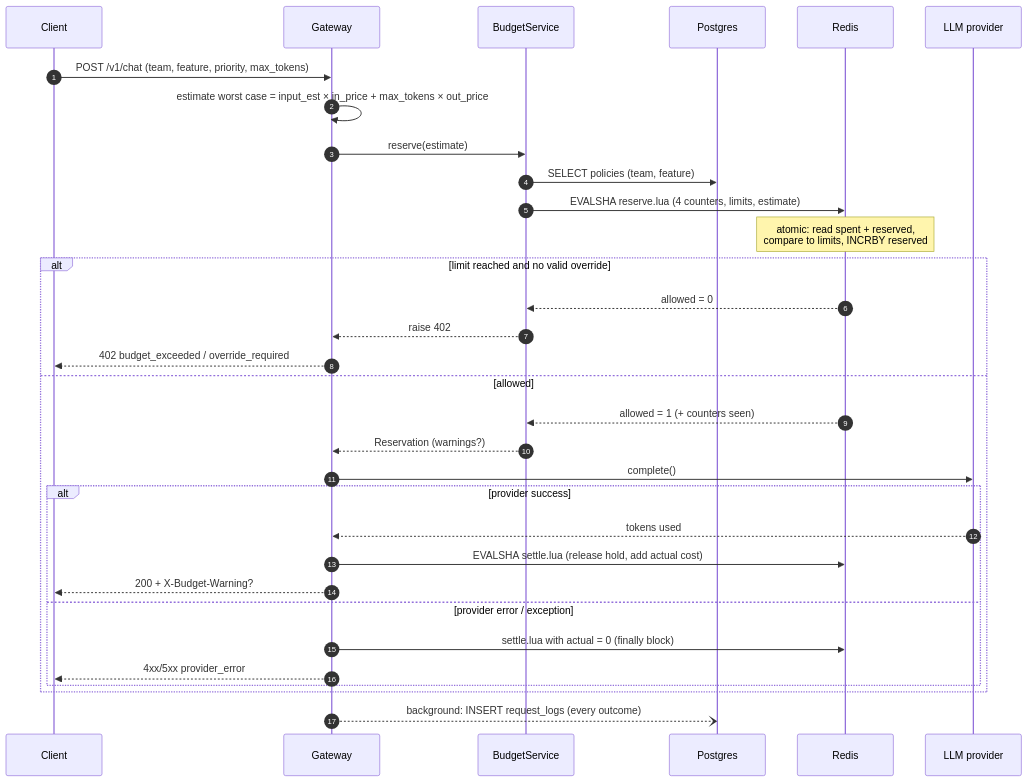
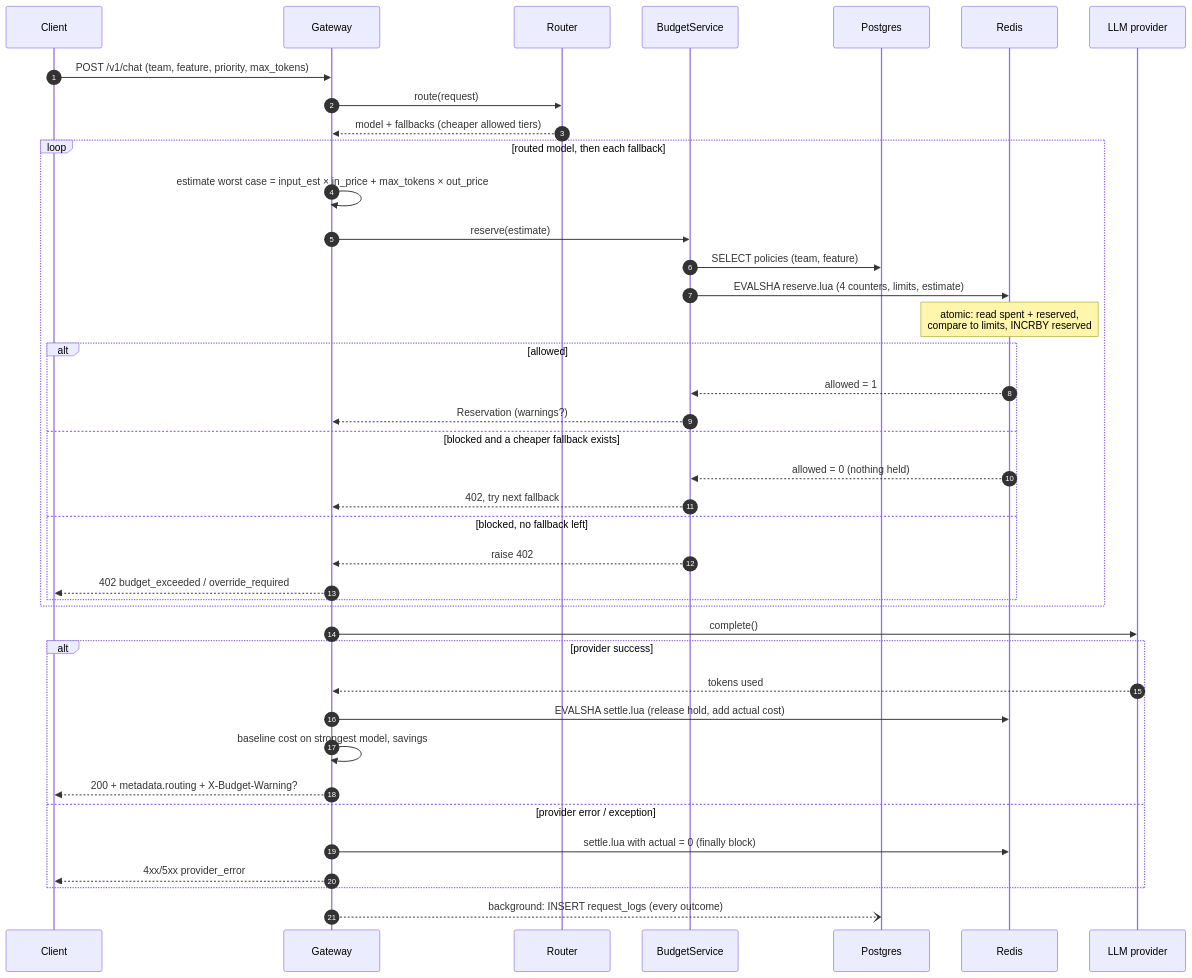
The third of 3 diagrams in docs/architecture.md (Abhigyanv23/llm-spend-control), drawn with Mermaid before and after one commit. The commit also changed other lines of this file and 24 other files, not shown here.

First line of the commit message:
feat: phase 3 - request complexity routing

````diff
--- a/docs/architecture.md
+++ b/docs/architecture.md
@@ -56,35 +94,43 @@
 ```mermaid
 sequenceDiagram
     autonumber
     participant C as Client
     participant G as Gateway
+    participant RT as Router
     participant B as BudgetService
     participant P as Postgres
     participant R as Redis
     participant L as LLM provider
 
     C->>G: POST /v1/chat (team, feature, priority, max_tokens)
-    G->>G: estimate worst case = input_est × in_price + max_tokens × out_price
-    G->>B: reserve(estimate)
-    B->>P: SELECT policies (team, feature)
-    B->>R: EVALSHA reserve.lua (4 counters, limits, estimate)
-    Note over R: atomic: read spent + reserved,<br/>compare to limits, INCRBY reserved
-    alt limit reached and no valid override
-        R-->>B: allowed = 0
-        B-->>G: raise 402
-        G-->>C: 402 budget_exceeded / override_required
-    else allowed
-        R-->>B: allowed = 1 (+ counters seen)
-        B-->>G: Reservation (warnings?)
-        G->>L: complete()
-        alt provider success
-            L-->>G: tokens used
-            G->>R: EVALSHA settle.lua (release hold, add actual cost)
-            G-->>C: 200 + X-Budget-Warning?
-        else provider error / exception
-            G->>R: settle.lua with actual = 0 (finally block)
-            G-->>C: 4xx/5xx provider_error
+    G->>RT: route(request)
+    RT-->>G: model + fallbacks (cheaper allowed tiers)
+    loop routed model, then each fallback
+        G->>G: estimate worst case = input_est × in_price + max_tokens × out_price
+        G->>B: reserve(estimate)
+        B->>P: SELECT policies (team, feature)
+        B->>R: EVALSHA reserve.lua (4 counters, limits, estimate)
+        Note over R: atomic: read spent + reserved,<br/>compare to limits, INCRBY reserved
+        alt allowed
+            R-->>B: allowed = 1
+            B-->>G: Reservation (warnings?)
+        else blocked and a cheaper fallback exists
+            R-->>B: allowed = 0 (nothing held)
+            B-->>G: 402, try next fallback
+        else blocked, no fallback left
+            B-->>G: raise 402
+            G-->>C: 402 budget_exceeded / override_required
         end
+    end
+    G->>L: complete()
+    alt provider success
+        L-->>G: tokens used
+        G->>R: EVALSHA settle.lua (release hold, add actual cost)
+        G->>G: baseline cost on strongest model, savings
+        G-->>C: 200 + metadata.routing + X-Budget-Warning?
+    else provider error / exception
+        G->>R: settle.lua with actual = 0 (finally block)
+        G-->>C: 4xx/5xx provider_error
     end
     G--)P: background: INSERT request_logs (every outcome)
 ```
````
